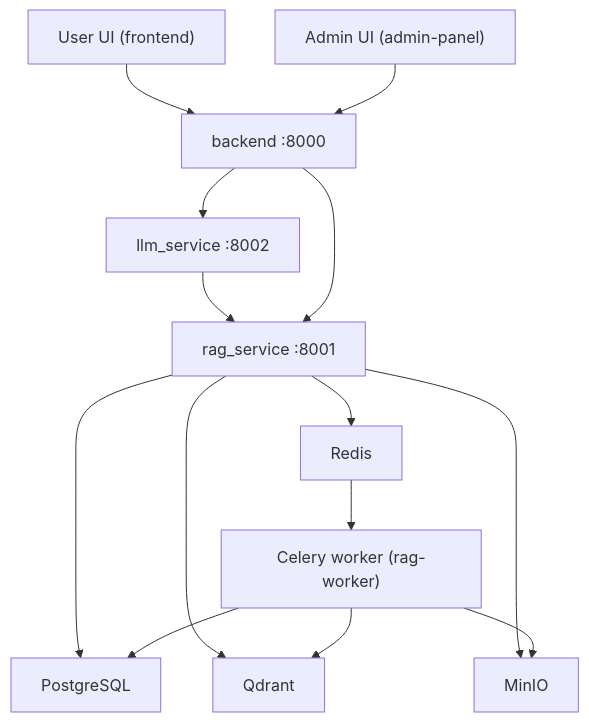
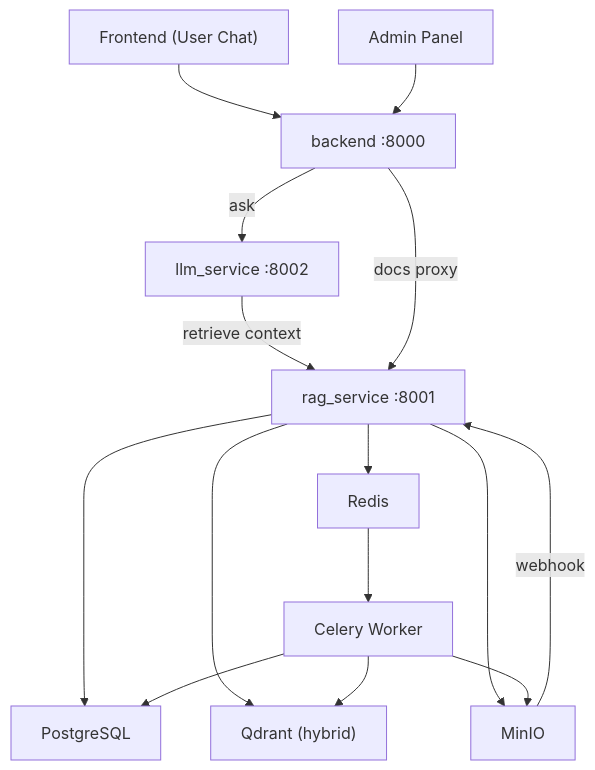
One commit to VladislavKiseliov/RAG changed the first of 3 diagrams in README.md. Above: the diagram before and after it, drawn with Mermaid. The commit also changed other lines of this file and 1 other file, not shown here.

````diff
--- a/README.md
+++ b/README.md
@@ -32,16 +34,17 @@
 ```mermaid
 graph TB
-    User["User UI (frontend)"] --> B["backend :8000"]
-    Admin["Admin UI (admin-panel)"] --> B
-    B --> L["llm_service :8002"]
-    L --> R["rag_service :8001"]
-    B --> R
+    User["Frontend (User Chat)"] --> B["backend :8000"]
+    Admin["Admin Panel"] --> B
+    B -->|"ask"| L["llm_service :8002"]
+    L -->|"retrieve context"| R["rag_service :8001"]
+    B -->|"docs proxy"| R
     R --> PG["PostgreSQL"]
-    R --> Q["Qdrant"]
+    R --> Q["Qdrant (hybrid)"]
     R --> M["MinIO"]
     R --> RD["Redis"]
-    RD --> W["Celery worker (rag-worker)"]
+    RD --> W["Celery Worker"]
     W --> M
     W --> PG
     W --> Q
+    M -->|"webhook"| R
 ```
````
